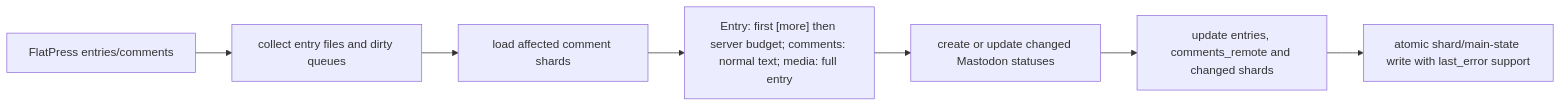
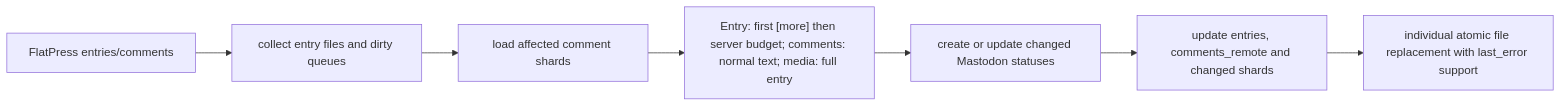
The second of 6 diagrams in fp-plugins/mastodon/developer-docs/07-Function-Organigram.md (flatpressblog/flatpress), drawn with Mermaid before and after one commit. The commit also changed other lines of this file and 11 other files, not shown here.

````diff
--- a/fp-plugins/mastodon/developer-docs/07-Function-Organigram.md
+++ b/fp-plugins/mastodon/developer-docs/07-Function-Organigram.md
@@ -96,9 +86,9 @@
 ```mermaid
 flowchart LR
 	Entries[FlatPress entries/comments] --> Collect[collect entry files and dirty queues]
 	Collect --> Shards[load affected comment shards]
 	Shards --> Build["Entry: first [more] then server budget; comments: normal text; media: full entry"]
 	Build --> Api[create or update changed Mastodon statuses]
 	Api --> State[update entries, comments_remote and changed shards]
-	State --> Write[atomic shard/main-state write with last_error support]
+	State --> Write[individual atomic file replacement with last_error support]
 ```
````
